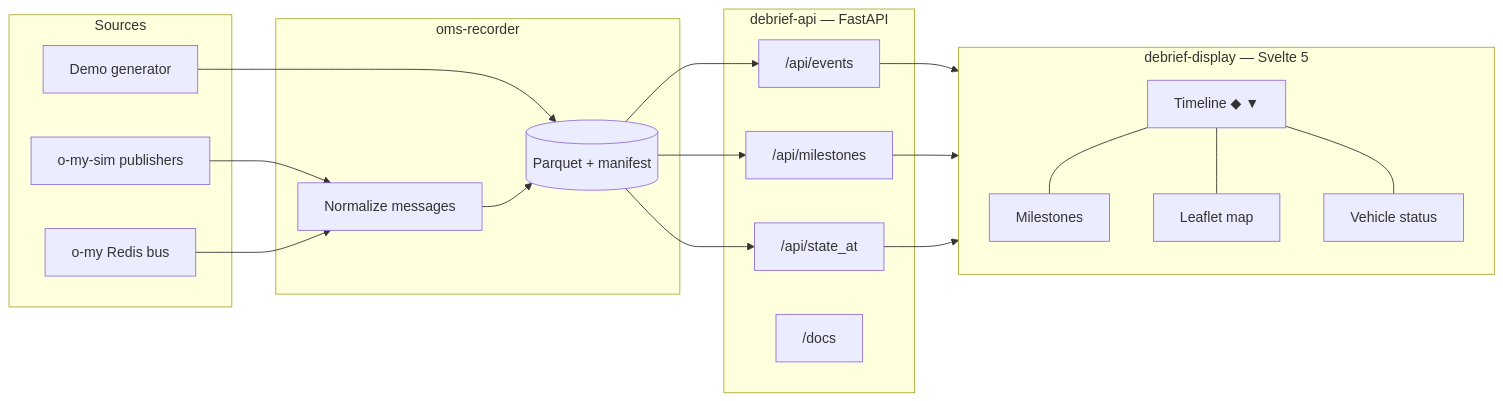
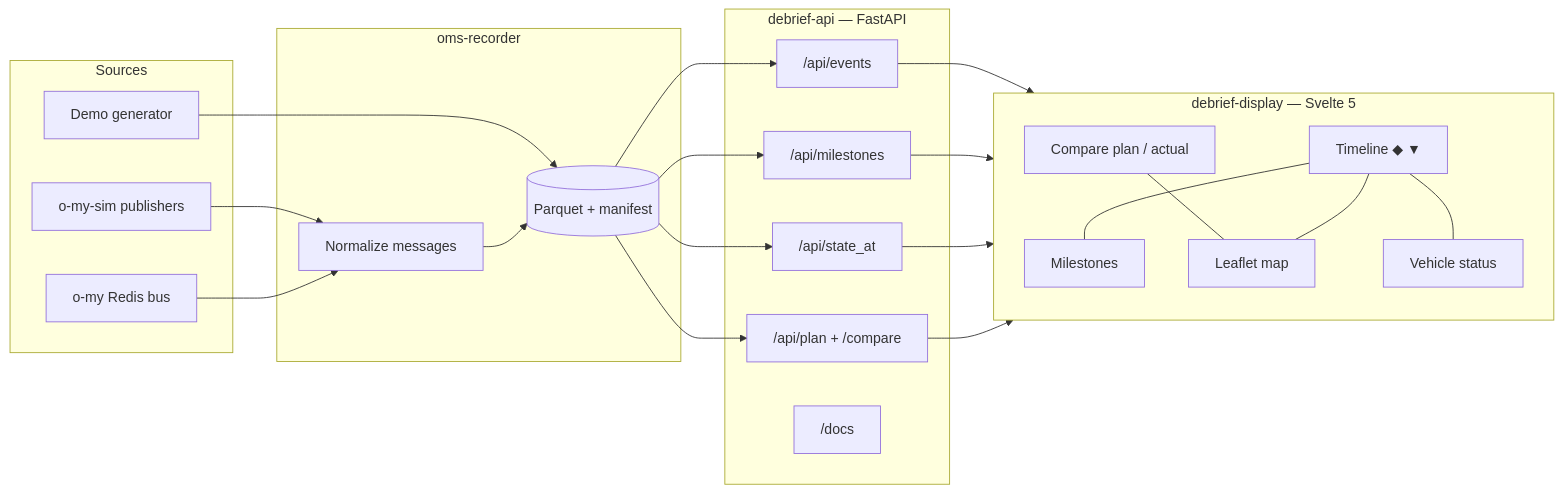
Before and after one commit to mowgli42/o-my-debrief: the first of 2 diagrams in README.md, drawn with Mermaid. The commit also changed other lines of this file and 1 other file, not shown here.

First line of the commit message:
Docs: show plan-vs-actual compare screenshots in README

````diff
--- a/README.md
+++ b/README.md
@@ -111,37 +119,40 @@
 ```mermaid
 flowchart LR
   subgraph Sources
     Sim[o-my-sim publishers]
     Live[o-my Redis bus]
     Demo[Demo generator]
   end
 
   subgraph Recorder["oms-recorder"]
     Norm[Normalize messages]
     PQ[(Parquet + manifest)]
   end
 
   subgraph API["debrief-api — FastAPI"]
     Ev["/api/events"]
     Ms["/api/milestones"]
     St["/api/state_at"]
+    Plan["/api/plan + /compare"]
     Swagger["/docs"]
   end
 
   subgraph UI["debrief-display — Svelte 5"]
     TL[Timeline ◆ ▼]
+    Cmp[Compare plan / actual]
     Left[Milestones]
     Map[Leaflet map]
     Veh[Vehicle status]
   end
 
   Sim --> Norm
   Live --> Norm
   Demo --> PQ
   Norm --> PQ
-  PQ --> Ev & Ms & St
-  Ev & Ms & St --> UI
+  PQ --> Ev & Ms & St & Plan
+  Ev & Ms & St & Plan --> UI
   TL --- Left
+  Cmp --- Map
   TL --- Map
   TL --- Veh
 ```
````
